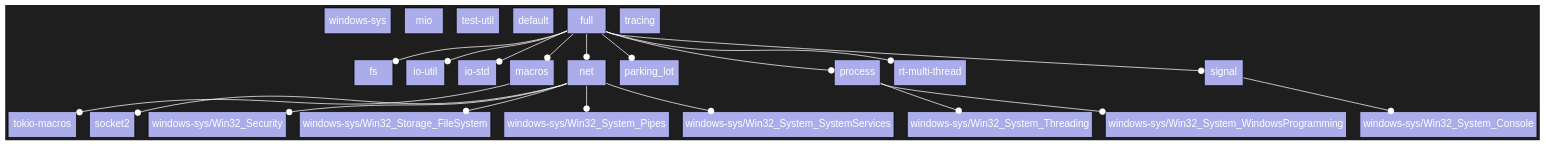
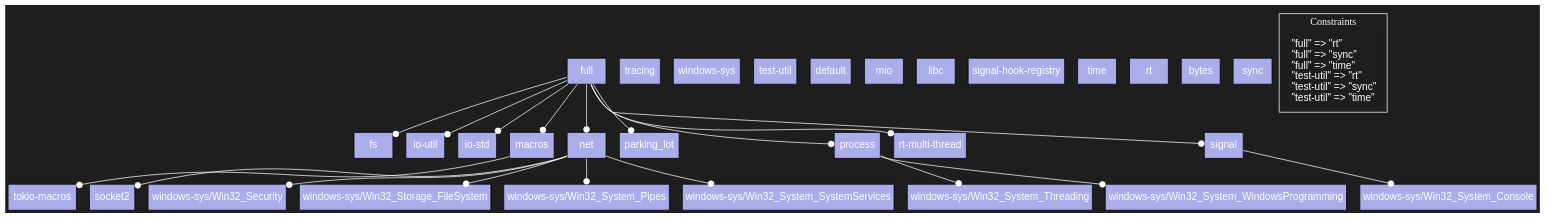
One commit to Bjarkehp/cargo-feature-analyzer changed the diagram in tokio.dot. Above: the diagram before and after it, drawn with Graphviz.

```diff
--- a/tokio.dot
+++ b/tokio.dot
@@ -1,50 +1,69 @@
 digraph FeatureModel {
 rankdir="TB"
 newrank=true
 bgcolor="#1e1e1e"
 edge [color=white]
 node [style=filled fontcolor="white" fontname="Arial Unicode MS, Arial"];
 
-"windows-sys" [fillcolor="#ABACEA" tooltip="Cardinality: None" shape="box"]
-"mio" [fillcolor="#ABACEA" tooltip="Cardinality: None" shape="box"]
-"test-util" [fillcolor="#ABACEA" tooltip="Cardinality: None" shape="box"]
-"default" [fillcolor="#ABACEA" tooltip="Cardinality: None" shape="box"]
 "fs" [fillcolor="#ABACEA" tooltip="Cardinality: None" shape="box"]
 "full" -> "fs" [arrowhead="dot", arrowtail="none", dir="both"]
 "io-util" [fillcolor="#ABACEA" tooltip="Cardinality: None" shape="box"]
 "full" -> "io-util" [arrowhead="dot", arrowtail="none", dir="both"]
 "io-std" [fillcolor="#ABACEA" tooltip="Cardinality: None" shape="box"]
 "full" -> "io-std" [arrowhead="dot", arrowtail="none", dir="both"]
 "tokio-macros" [fillcolor="#ABACEA" tooltip="Cardinality: None" shape="box"]
 "macros" -> "tokio-macros" [arrowhead="dot", arrowtail="none", dir="both"]
 "macros" [fillcolor="#ABACEA" tooltip="Cardinality: None" shape="box"]
 "full" -> "macros" [arrowhead="dot", arrowtail="none", dir="both"]
 "socket2" [fillcolor="#ABACEA" tooltip="Cardinality: None" shape="box"]
 "net" -> "socket2" [arrowhead="dot", arrowtail="none", dir="both"]
 "windows-sys/Win32_Security" [fillcolor="#ABACEA" tooltip="Cardinality: None" shape="box"]
 "net" -> "windows-sys/Win32_Security" [arrowhead="dot", arrowtail="none", dir="both"]
 "windows-sys/Win32_Storage_FileSystem" [fillcolor="#ABACEA" tooltip="Cardinality: None" shape="box"]
 "net" -> "windows-sys/Win32_Storage_FileSystem" [arrowhead="dot", arrowtail="none", dir="both"]
 "windows-sys/Win32_System_Pipes" [fillcolor="#ABACEA" tooltip="Cardinality: None" shape="box"]
 "net" -> "windows-sys/Win32_System_Pipes" [arrowhead="dot", arrowtail="none", dir="both"]
 "windows-sys/Win32_System_SystemServices" [fillcolor="#ABACEA" tooltip="Cardinality: None" shape="box"]
 "net" -> "windows-sys/Win32_System_SystemServices" [arrowhead="dot", arrowtail="none", dir="both"]
 "net" [fillcolor="#ABACEA" tooltip="Cardinality: None" shape="box"]
 "full" -> "net" [arrowhead="dot", arrowtail="none", dir="both"]
 "parking_lot" [fillcolor="#ABACEA" tooltip="Cardinality: None" shape="box"]
 "full" -> "parking_lot" [arrowhead="dot", arrowtail="none", dir="both"]
 "windows-sys/Win32_System_Threading" [fillcolor="#ABACEA" tooltip="Cardinality: None" shape="box"]
 "process" -> "windows-sys/Win32_System_Threading" [arrowhead="dot", arrowtail="none", dir="both"]
 "windows-sys/Win32_System_WindowsProgramming" [fillcolor="#ABACEA" tooltip="Cardinality: None" shape="box"]
 "process" -> "windows-sys/Win32_System_WindowsProgramming" [arrowhead="dot", arrowtail="none", dir="both"]
 "process" [fillcolor="#ABACEA" tooltip="Cardinality: None" shape="box"]
 "full" -> "process" [arrowhead="dot", arrowtail="none", dir="both"]
 "rt-multi-thread" [fillcolor="#ABACEA" tooltip="Cardinality: None" shape="box"]
 "full" -> "rt-multi-thread" [arrowhead="dot", arrowtail="none", dir="both"]
 "windows-sys/Win32_System_Console" [fillcolor="#ABACEA" tooltip="Cardinality: None" shape="box"]
 "signal" -> "windows-sys/Win32_System_Console" [arrowhead="dot", arrowtail="none", dir="both"]
 "signal" [fillcolor="#ABACEA" tooltip="Cardinality: None" shape="box"]
 "full" -> "signal" [arrowhead="dot", arrowtail="none", dir="both"]
 "full" [fillcolor="#ABACEA" tooltip="Cardinality: None" shape="box"]
 "tracing" [fillcolor="#ABACEA" tooltip="Cardinality: None" shape="box"]
+"windows-sys" [fillcolor="#ABACEA" tooltip="Cardinality: None" shape="box"]
+"test-util" [fillcolor="#ABACEA" tooltip="Cardinality: None" shape="box"]
+"default" [fillcolor="#ABACEA" tooltip="Cardinality: None" shape="box"]
+"mio" [fillcolor="#ABACEA" tooltip="Cardinality: None" shape="box"]
+"libc" [fillcolor="#ABACEA" tooltip="Cardinality: None" shape="box"]
+"signal-hook-registry" [fillcolor="#ABACEA" tooltip="Cardinality: None" shape="box"]
+"time" [fillcolor="#ABACEA" tooltip="Cardinality: None" shape="box"]
+"rt" [fillcolor="#ABACEA" tooltip="Cardinality: None" shape="box"]
+"bytes" [fillcolor="#ABACEA" tooltip="Cardinality: None" shape="box"]
+"sync" [fillcolor="#ABACEA" tooltip="Cardinality: None" shape="box"]
+
+
+subgraph cluster_constraints{
+    label="Constraints" color="white" fontcolor="white"
+    constraints [shape="box" color="#1e1e1e" label=<<table border="0" cellpadding="0" cellspacing="0" cellborder="0">
+        <tr><td align="left">"full" =&gt; "rt"</td></tr>
+    <tr><td align="left">"full" =&gt; "sync"</td></tr>
+    <tr><td align="left">"full" =&gt; "time"</td></tr>
+    <tr><td align="left">"test-util" =&gt; "rt"</td></tr>
+    <tr><td align="left">"test-util" =&gt; "sync"</td></tr>
+    <tr><td align="left">"test-util" =&gt; "time"</td></tr>
+</table>>]
 }
+}
```
